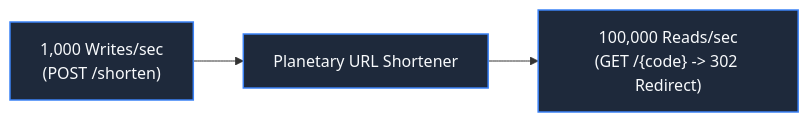
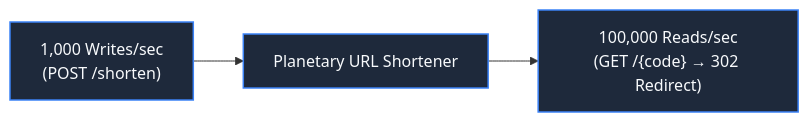
The first of 3 diagrams in book/part-01-request-anatomy/chapter-06-case-study-planetary-url-shortener.md (Priyeshnd555/systems-beyond-the-code), drawn with Mermaid before and after one commit. The commit also changed other lines of this file and 33 other files, not shown here.

Commit message:
feat: add dynamic mermaid diagram sanitization and update chart syntax across book chapters

````diff
--- a/book/part-01-request-anatomy/chapter-06-case-study-planetary-url-shortener.md
+++ b/book/part-01-request-anatomy/chapter-06-case-study-planetary-url-shortener.md
@@ -9,7 +9,7 @@
 ```mermaid
 flowchart LR
     WriteReq["1,000 Writes/sec\n(POST /shorten)"] --> System["Planetary URL Shortener"]
-    System --> ReadReq["100,000 Reads/sec\n(GET /{code} -> 302 Redirect)"]
+    System --> ReadReq["100,000 Reads/sec\n(GET /{code} → 302 Redirect)"]
 
     classDef default fill:#1e293b,stroke:#3b82f6,stroke-width:1.5px,color:#f8fafc;
 ```
````
